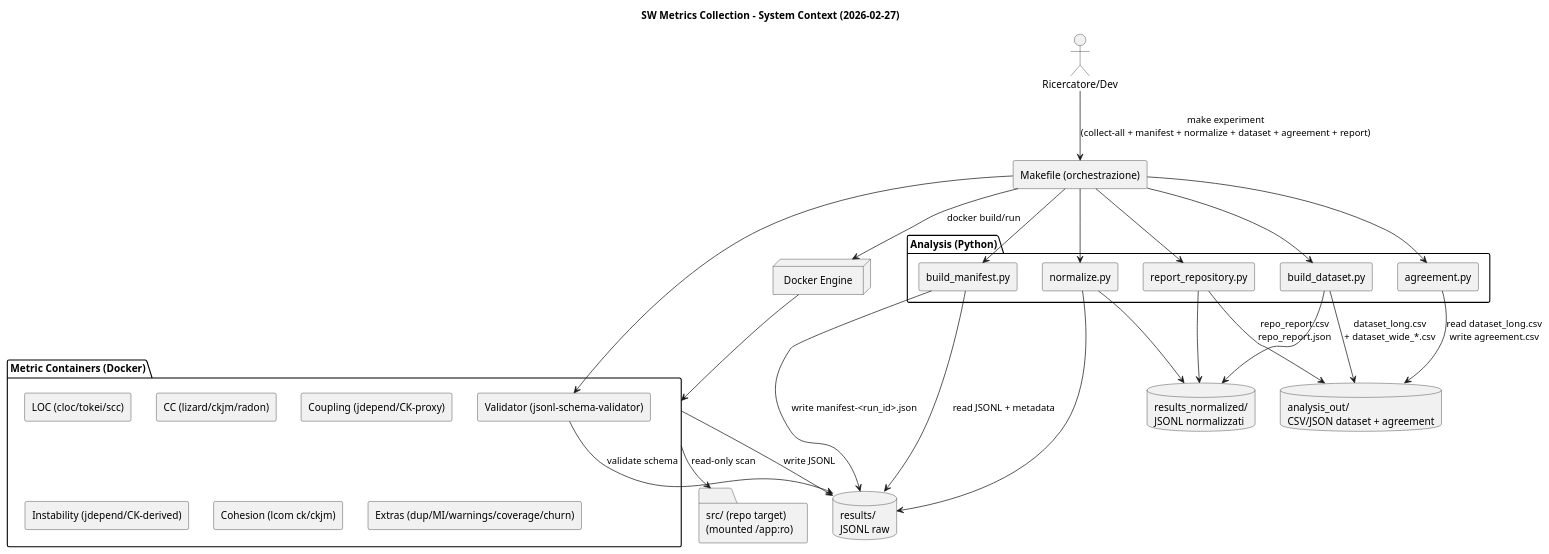
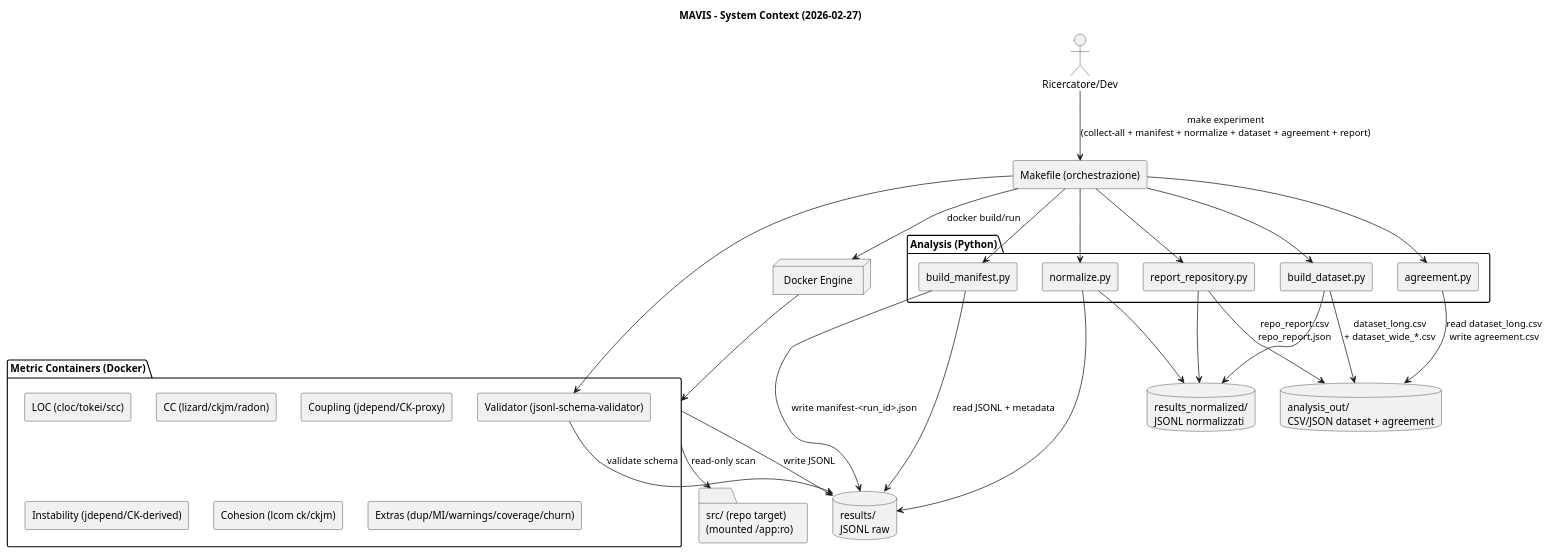
One commit to giper45/SW-Metrics-Collection changed the diagram in docs/diagrams/01_system_context.puml. Above: the diagram before and after it, drawn with PlantUML. The commit also changed 37 other files, not shown here.

```diff
--- a/docs/diagrams/01_system_context.puml
+++ b/docs/diagrams/01_system_context.puml
@@ -1,60 +1,60 @@
 @startuml
-title SW Metrics Collection - System Context (2026-02-27)
+title MAVIS - System Context (2026-02-27)
 skinparam componentStyle rectangle
 skinparam shadowing false
 
 actor "Ricercatore/Dev" as user
 component "Makefile (orchestrazione)" as make
 node "Docker Engine" as docker
 folder "src/ (repo target)\n(mounted /app:ro)" as src
 database "results/\nJSONL raw" as results
 database "results_normalized/\nJSONL normalizzati" as norm
 database "analysis_out/\nCSV/JSON dataset + agreement" as out
 
 package "Metric Containers (Docker)" as containers {
   [LOC (cloc/tokei/scc)] as loc
   [CC (lizard/ckjm/radon)] as cc
   [Coupling (jdepend/CK-proxy)] as coupling
   [Instability (jdepend/CK-derived)] as instab
   [Cohesion (lcom ck/ckjm)] as coh
   [Extras (dup/MI/warnings/coverage/churn)] as extras
   [Validator (jsonl-schema-validator)] as validator
 }
 
 package "Analysis (Python)" as analysis {
   [build_manifest.py] as manifest
   [normalize.py] as normalize
   [build_dataset.py] as dataset
   [agreement.py] as agreement
   [report_repository.py] as report
 }
 
 user --> make : make experiment\n(collect-all + manifest + normalize + dataset + agreement + report)
 make --> docker : docker build/run
 docker --> containers
 containers --> src : read-only scan
 containers --> results : write JSONL
 
 make --> manifest
 manifest --> results : read JSONL + metadata
 manifest --> results : write manifest-<run_id>.json
 
 make --> normalize
 normalize --> results
 normalize --> norm
 
 make --> dataset
 dataset --> norm
 dataset --> out : dataset_long.csv\n+ dataset_wide_*.csv
 
 make --> agreement
 agreement --> out : read dataset_long.csv\nwrite agreement.csv
 
 make --> report
 report --> norm
 report --> out : repo_report.csv\nrepo_report.json
 
 make --> validator
 validator --> results : validate schema
 
 @enduml
```
